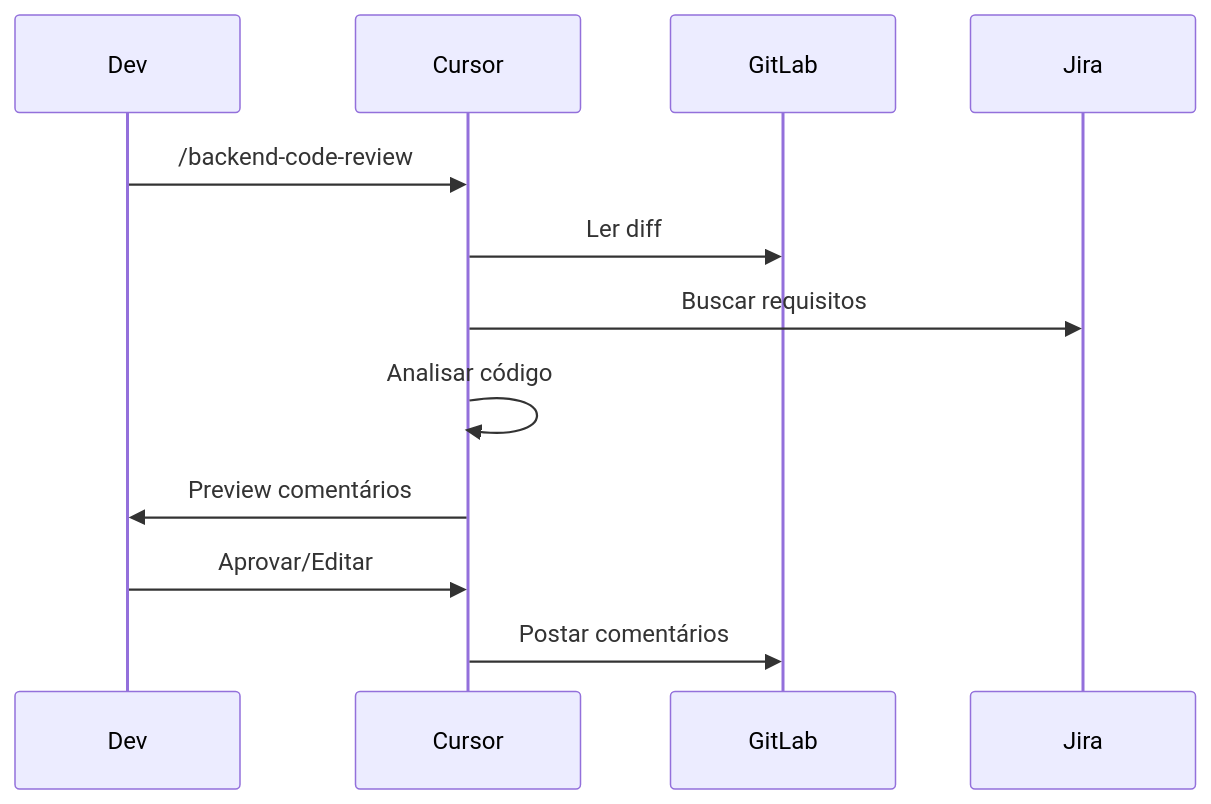
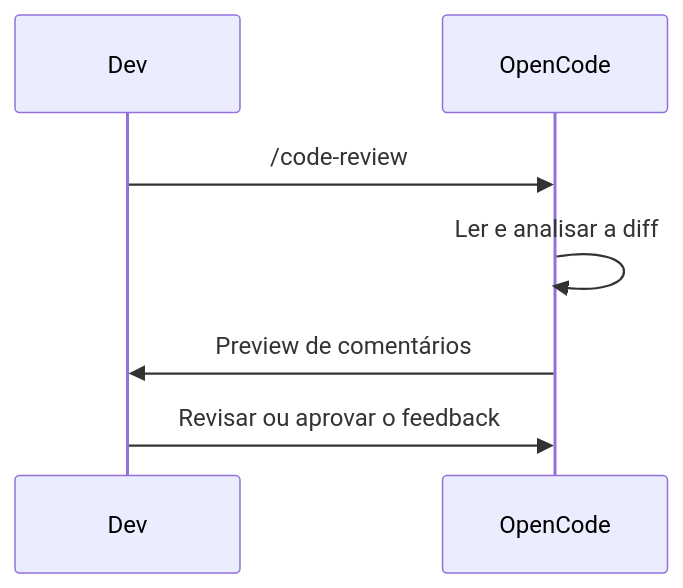
Before and after one commit to rodrigocnascimento/bot-configs: the second of 3 diagrams in docs/fluxos/feature-branch-flow.md, drawn with Mermaid. The commit also changed other lines of this file and 26 other files, not shown here.

````diff
--- a/docs/fluxos/feature-branch-flow.md
+++ b/docs/fluxos/feature-branch-flow.md
@@ -222,10 +222,7 @@
 ```mermaid
 sequenceDiagram
-    Dev->>Cursor: /backend-code-review
-    Cursor->>GitLab: Ler diff
-    Cursor->>Jira: Buscar requisitos
-    Cursor->>Cursor: Analisar código
-    Cursor->>Dev: Preview comentários
-    Dev->>Cursor: Aprovar/Editar
-    Cursor->>GitLab: Postar comentários
+    Dev->>OpenCode: /code-review
+    OpenCode->>OpenCode: Ler e analisar a diff
+    OpenCode->>Dev: Preview de comentários
+    Dev->>OpenCode: Revisar ou aprovar o feedback
 ```
````
